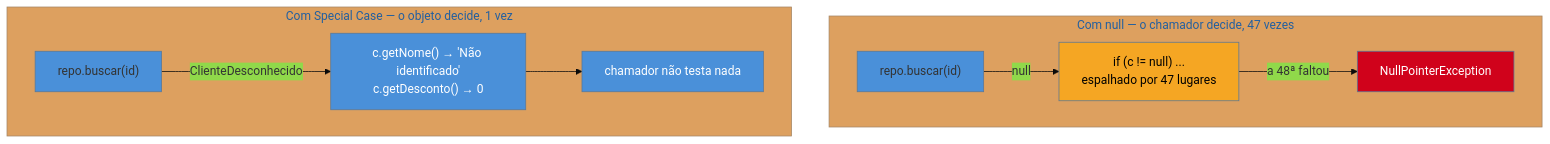
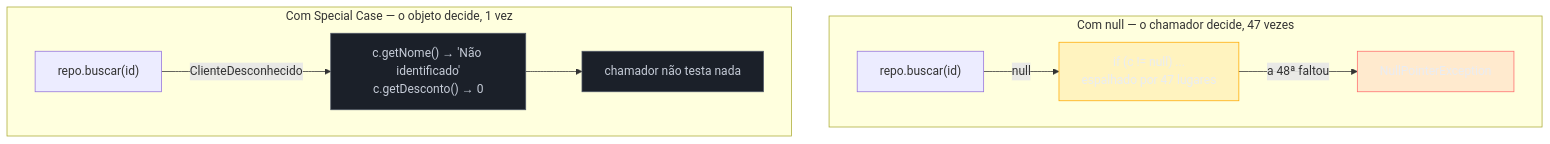
Before and after one commit to josenaldo/codex-technomanticus: the diagram in 03-Dominios/Engenharia/Design de Software/Padrões de Projeto/Aplicação Corporativa/14 - Special Case + Null Object.md, drawn with Mermaid. The commit also changed 1181 other files, not shown here.

First line of the commit message:
fix(diagramas): paleta do sistema no lugar de cor cravada no markdown

````diff
--- a/03-Dominios/Engenharia/Design de Software/Padrões de Projeto/Aplicação Corporativa/14 - Special Case + Null Object.md
+++ b/03-Dominios/Engenharia/Design de Software/Padrões de Projeto/Aplicação Corporativa/14 - Special Case + Null Object.md
@@ -59,18 +59,20 @@
 ```mermaid
-%%{init: {"theme": "base", "themeVariables": {"primaryColor": "#4A90D9"}}}%%
 graph TD
+    classDef falha fill:#FF6B6B24,stroke:#FF6B6B,color:#E9ECF2
+    classDef destaque fill:#FFAA0024,stroke:#FFAA00,color:#E9ECF2
+    classDef neutro fill:#1B2029,stroke:#4E5666,color:#C6CCD8
     subgraph N["Com null — o chamador decide, 47 vezes"]
         R1["repo.buscar(id)"] -->|"null"| C1["if (c != null) ...<br/>espalhado por 47 lugares"]
         C1 -->|"a 48ª faltou"| X["NullPointerException"]
     end
 
     subgraph S["Com Special Case — o objeto decide, 1 vez"]
         R2["repo.buscar(id)"] -->|"ClienteDesconhecido"| C2["c.getNome() → 'Não identificado'<br/>c.getDesconto() → 0"]
         C2 --> OK["chamador não testa nada"]
     end
 
-    style X fill:#D0021B,color:#fff
-    style C1 fill:#F5A623,color:#000
-    style C2 fill:#4A90D9,color:#fff
-    style OK fill:#4A90D9,color:#fff
+    class X falha
+    class C1 destaque
+    class C2 neutro
+    class OK neutro
 ```
````
